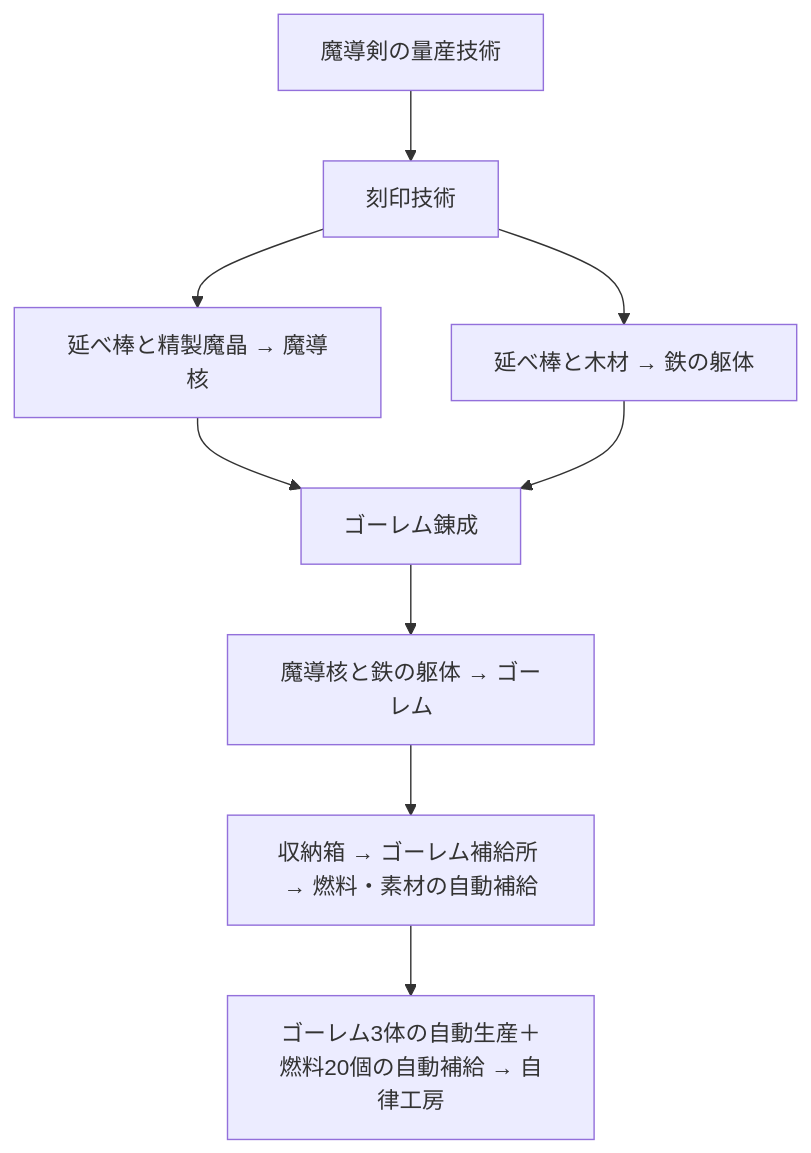
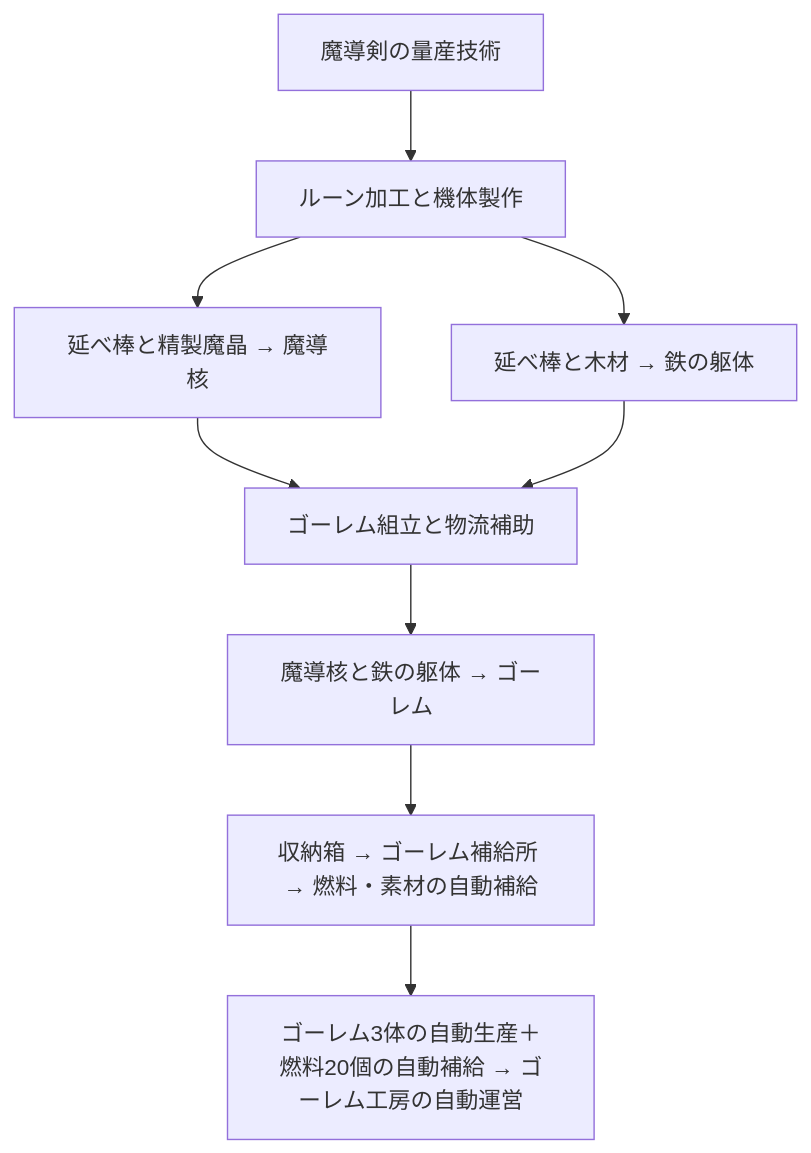
The diagram in docs/fantasy-automation/stage3.md (mith-mmk/AIGames), drawn with Mermaid before and after one commit. The commit also changed other lines of this file and 19 other files, not shown here.

````diff
--- a/docs/fantasy-automation/stage3.md
+++ b/docs/fantasy-automation/stage3.md
@@ -5,11 +5,11 @@
 ```mermaid
 flowchart TD
-    A[魔導剣の量産技術] --> B[刻印技術]
+    A[魔導剣の量産技術] --> B[ルーン加工と機体製作]
     B --> C[延べ棒と精製魔晶 → 魔導核]
     B --> D[延べ棒と木材 → 鉄の躯体]
-    C --> E[ゴーレム錬成]
+    C --> E[ゴーレム組立と物流補助]
     D --> E
     E --> F[魔導核と鉄の躯体 → ゴーレム]
     F --> G[収納箱 → ゴーレム補給所 → 燃料・素材の自動補給]
-    G --> H[ゴーレム3体の自動生産＋燃料20個の自動補給 → 自律工房]
+    G --> H[ゴーレム3体の自動生産＋燃料20個の自動補給 → ゴーレム工房の自動運営]
 ```
````
